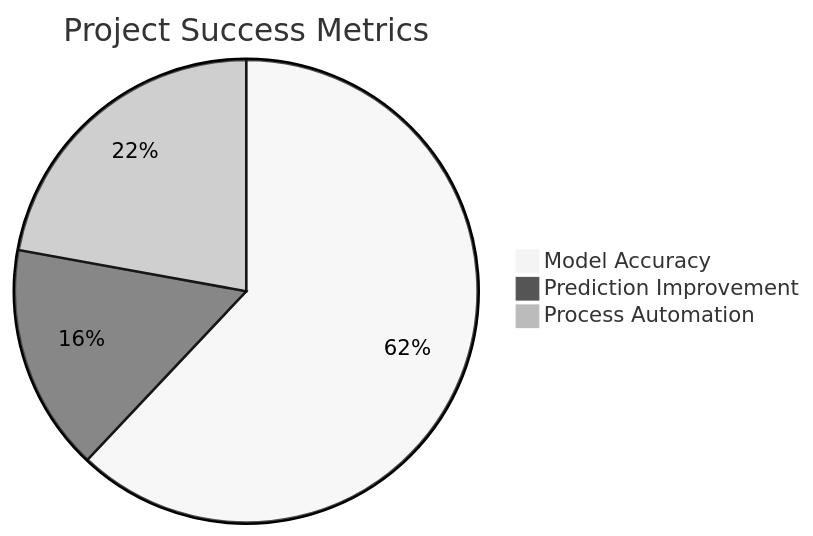
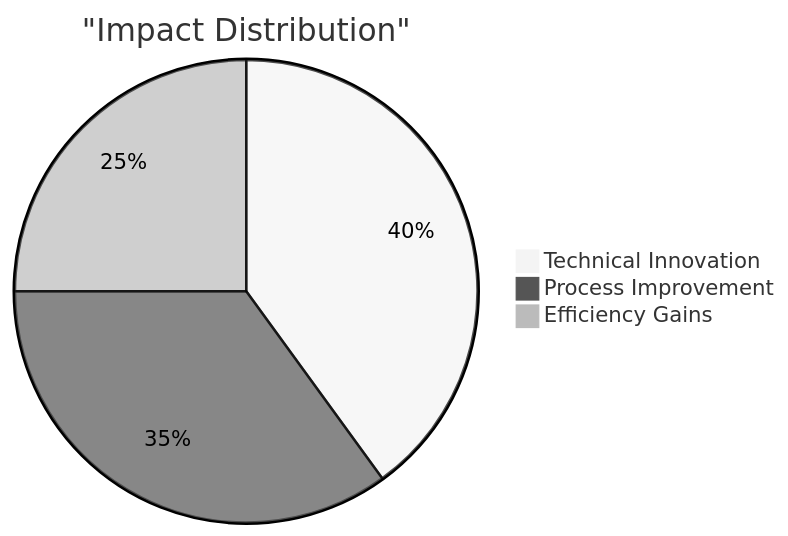
Before and after one commit to saisrinivas194/saisrinivas194: the ninth of 15 diagrams in README.md, drawn with Mermaid (neutral theme). The commit also changed other lines of this file, not shown here.

````diff
--- a/README.md
+++ b/README.md
@@ -213,6 +358,6 @@
 ```mermaid
-pie title Project Success Metrics
-    "Model Accuracy" : 98
-    "Prediction Improvement" : 25
-    "Process Automation" : 35
+pie title "Impact Distribution"
+    "Technical Innovation" : 40
+    "Process Improvement" : 35
+    "Efficiency Gains" : 25
 ```
````
